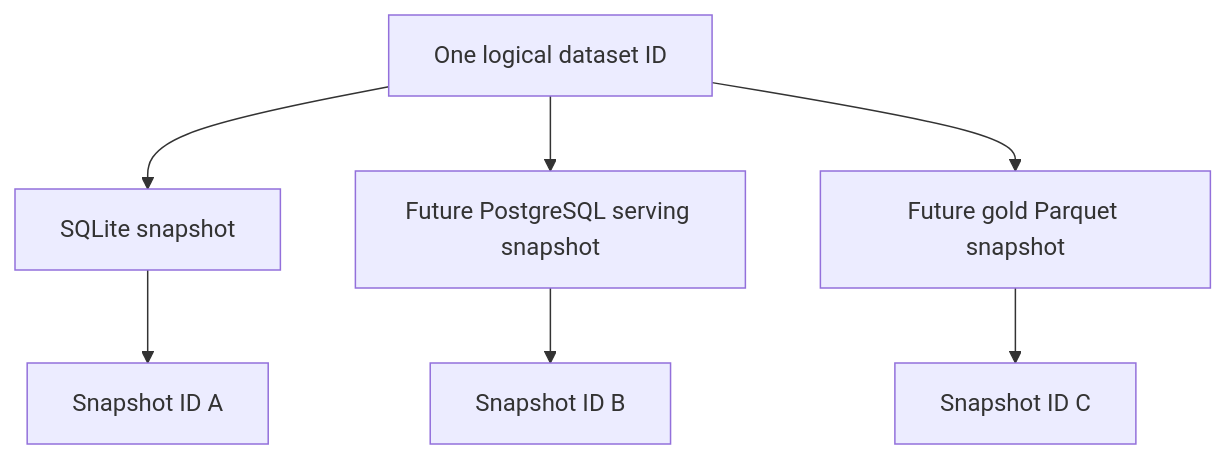
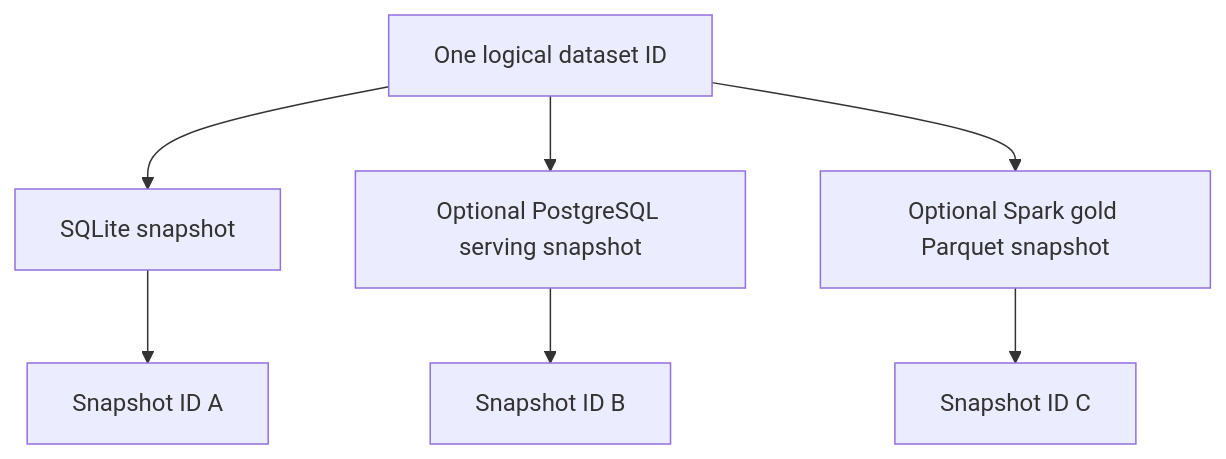
One commit to vdeeplearning/agentic_healthcare_data_platform changed the ninth of 49 diagrams in README.md. Above: the diagram before and after it, drawn with Mermaid. The commit also changed other lines of this file, not shown here.

Commit message:
Align README with Spark and Airflow architecture

````diff
--- a/README.md
+++ b/README.md
@@ -641,9 +641,9 @@
 ```mermaid
 flowchart TD
  D["One logical dataset ID"] --> SS["SQLite snapshot"]
- D --> PS["Future PostgreSQL serving snapshot"]
- D --> GS["Future gold Parquet snapshot"]
+ D --> PS["Optional PostgreSQL serving snapshot"]
+ D --> GS["Optional Spark gold Parquet snapshot"]
  SS --> SID1["Snapshot ID A"]
  PS --> SID2["Snapshot ID B"]
  GS --> SID3["Snapshot ID C"]
 ```
````
